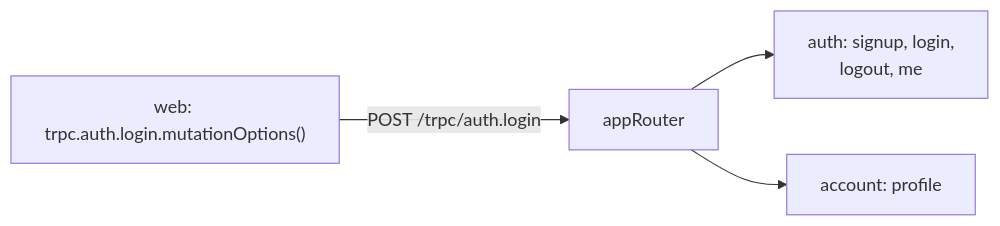
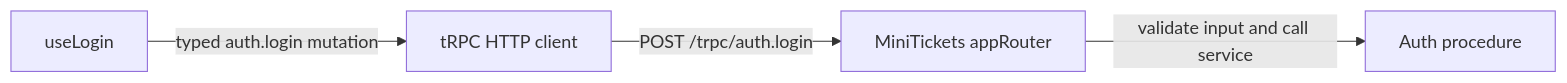
Before and after one commit to maheshnd/minitickets: the diagram in docs/handbook/concepts/rpc-vs-rest.md, drawn with Mermaid. The commit also changed other lines of this file and 119 other files, not shown here.

````diff
--- a/docs/handbook/concepts/rpc-vs-rest.md
+++ b/docs/handbook/concepts/rpc-vs-rest.md
@@ -21,6 +18,6 @@
 ```mermaid
 flowchart LR
-    web["web: trpc.auth.login.mutationOptions()"] -->|"POST /trpc/auth.login"| router["appRouter"]
-    router --> auth["auth: signup, login,<br/>logout, me"]
-    router --> account["account: profile"]
+hook["useLogin"] -->|"typed auth.login mutation"| client["tRPC HTTP client"]
+    client -->|"POST /trpc/auth.login"| router["MiniTickets appRouter"]
+    router -->|"validate input and call service"| login["Auth procedure"]
 ```
````
